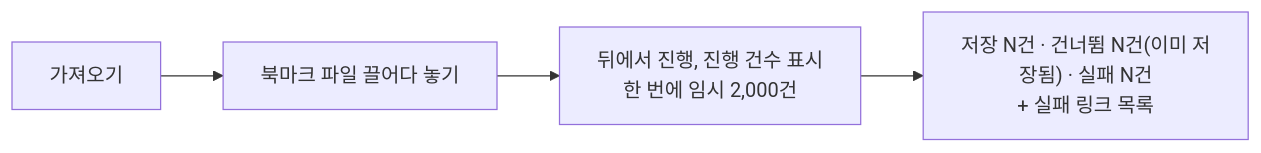
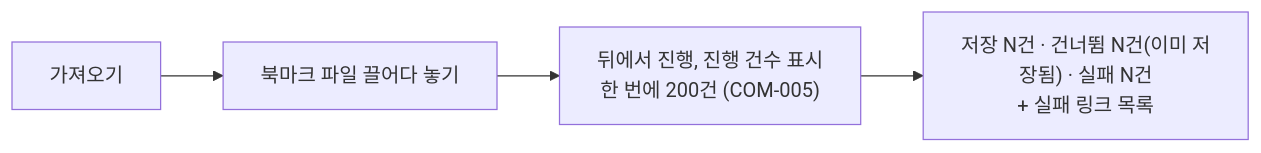
One commit to delightPIP/grep changed the tenth of 10 diagrams in docs/planning/user-flow.md. Above: the diagram before and after it, drawn with Mermaid. The commit also changed other lines of this file and 9 other files, not shown here.

````diff
--- a/docs/planning/user-flow.md
+++ b/docs/planning/user-flow.md
@@ -294,6 +294,6 @@
 ```mermaid
 flowchart LR
     A["가져오기"] --> B["북마크 파일 끌어다 놓기"]
-    B --> C["뒤에서 진행, 진행 건수 표시<br/>한 번에 임시 2,000건"]
+    B --> C["뒤에서 진행, 진행 건수 표시<br/>한 번에 200건 (COM-005)"]
     C --> D["저장 N건 · 건너뜀 N건(이미 저장됨) · 실패 N건<br/>+ 실패 링크 목록"]
 ```
````
